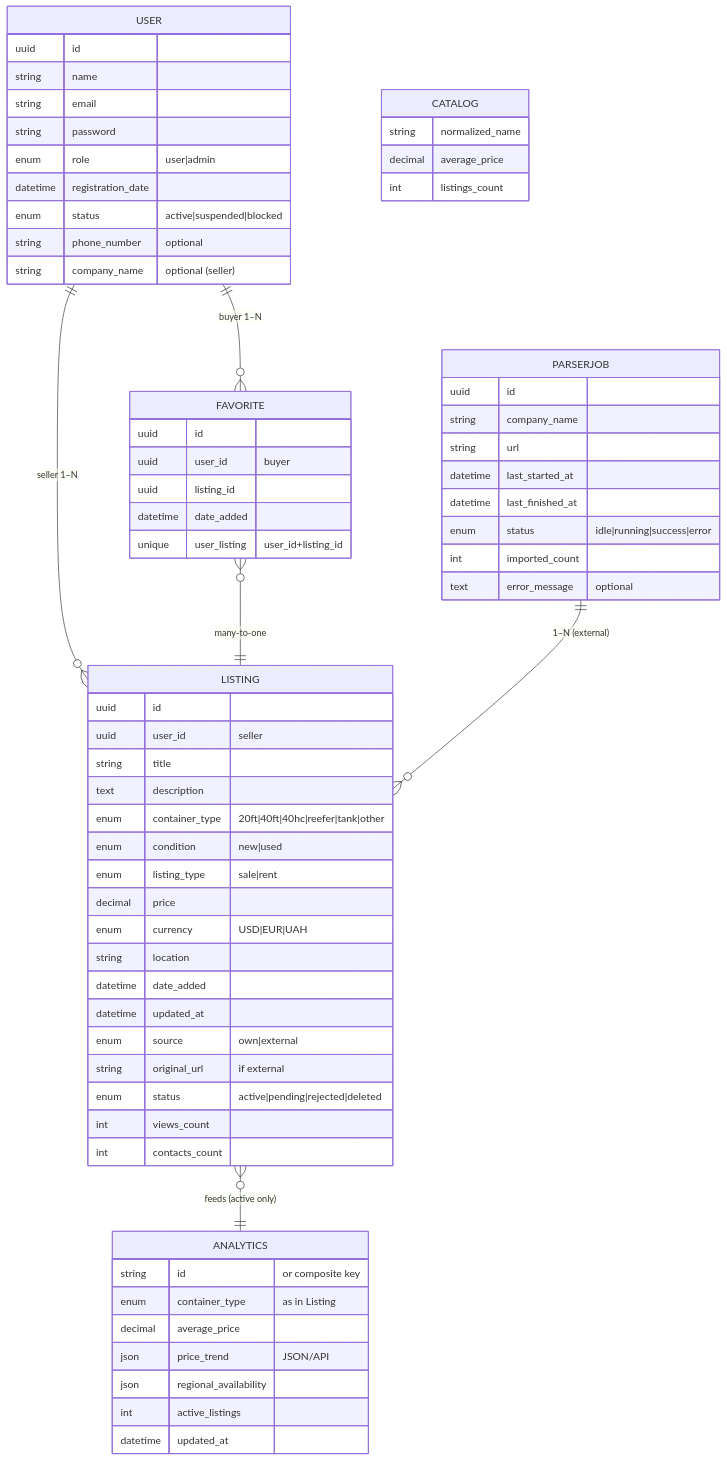
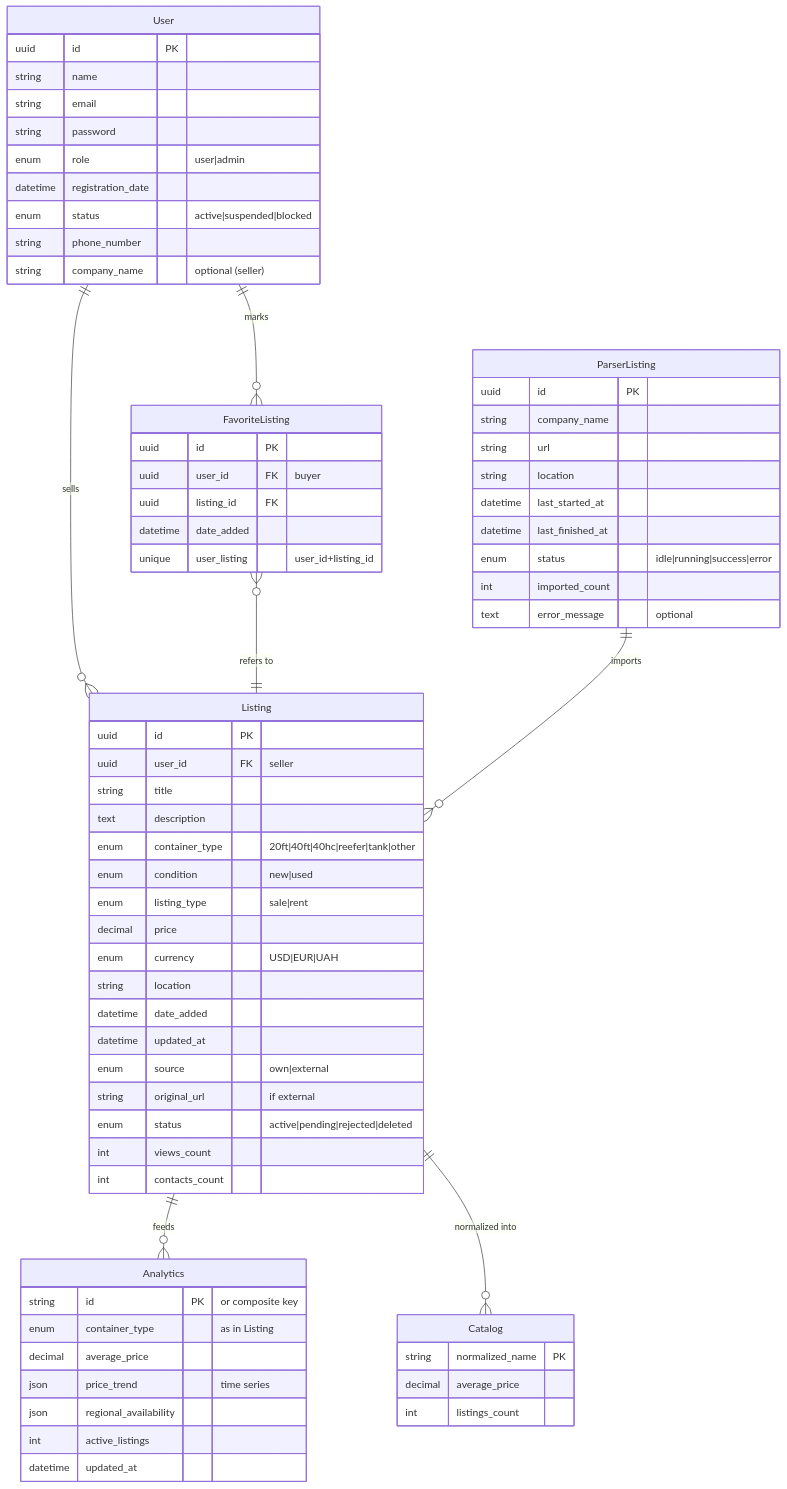
Before and after one commit to JusicP/cargo-container-aggregator: the diagram in docs/models.md, drawn with Mermaid.

````diff
--- a/docs/models.md
+++ b/docs/models.md
@@ -2,77 +2,78 @@
 ```mermaid
 erDiagram
-    USER {
-      uuid id
+    User {
+      uuid id PK
       string name
       string email
       string password
       enum role "user|admin"
       datetime registration_date
       enum status "active|suspended|blocked"
-      string phone_number "optional"
+      string phone_number
       string company_name "optional (seller)"
     }
 
-    LISTING {
-      uuid id
-      uuid user_id "seller"
+    Listing {
+      uuid id PK
+      uuid user_id FK "seller"
       string title
       text description
       enum container_type "20ft|40ft|40hc|reefer|tank|other"
       enum condition "new|used"
       enum listing_type "sale|rent"
       decimal price
       enum currency "USD|EUR|UAH"
       string location
       datetime date_added
       datetime updated_at
       enum source "own|external"
       string original_url "if external"
       enum status "active|pending|rejected|deleted"
       int views_count
       int contacts_count
     }
 
-    FAVORITE {
-      uuid id
-      uuid user_id "buyer"
-      uuid listing_id
+    FavoriteListing {
+      uuid id PK
+      uuid user_id FK "buyer"
+      uuid listing_id FK
       datetime date_added
       unique user_listing "user_id+listing_id"
     }
 
-    PARSERJOB {
-      uuid id
+    ParserListing {
+      uuid id PK
       string company_name
       string url
+      string location
       datetime last_started_at
       datetime last_finished_at
       enum status "idle|running|success|error"
       int imported_count
       text error_message "optional"
     }
 
-    ANALYTICS {
-      string id "or composite key"
+    Analytics {
+      string id PK "or composite key"
       enum container_type "as in Listing"
       decimal average_price
-      json price_trend "JSON/API"
+      json price_trend "time series"
       json regional_availability
       int active_listings
       datetime updated_at
     }
 
-    %% Logical/Virtual view (ETL cache)
-    CATALOG {
-      string normalized_name
+    Catalog {
+      string normalized_name PK
       decimal average_price
       int listings_count
     }
 
     %% Relations
-    USER ||--o{ LISTING : "seller 1–N"
-    USER ||--o{ FAVORITE : "buyer 1–N"
-    FAVORITE }o--|| LISTING : "many-to-one"
-    PARSERJOB ||--o{ LISTING : "1–N (external)"
-    LISTING }o--|| ANALYTICS : "feeds (active only)"
+    User ||--o{ Listing : "sells"
+    User ||--o{ FavoriteListing : "marks"
+    FavoriteListing }o--|| Listing : "refers to"
+    ParserListing ||--o{ Listing : "imports"
+    Listing ||--o{ Analytics : "feeds"
+    Listing ||--o{ Catalog : "normalized into"
 ```
````
